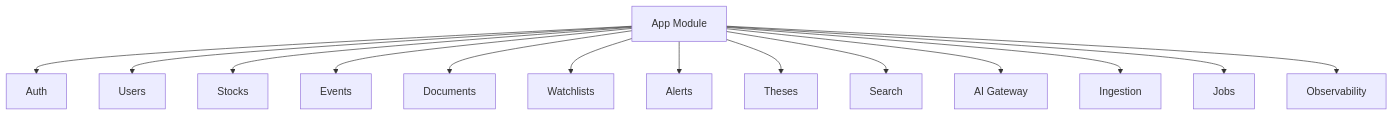
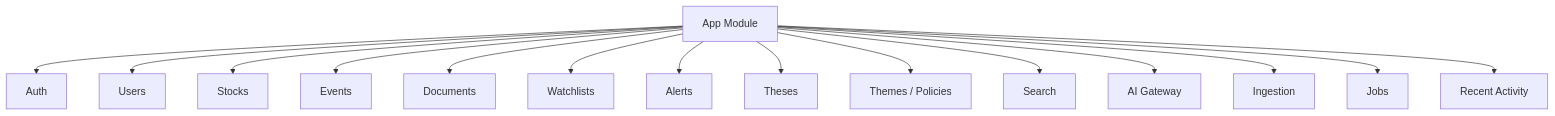
The fifth of 15 diagrams in docs/technical-architecture.md (583175694/alpha-sight), drawn with Mermaid before and after one commit. The commit also changed other lines of this file and 1 other file, not shown here.

First line of the commit message:
feat: update technical architecture documentation for v0.3

````diff
--- a/docs/technical-architecture.md
+++ b/docs/technical-architecture.md
@@ -395,17 +444,18 @@
 ```mermaid
 flowchart TD
     APP[App Module]
     APP --> AUTH[Auth]
     APP --> USER[Users]
     APP --> STOCK[Stocks]
     APP --> EVENT[Events]
     APP --> DOC[Documents]
     APP --> WATCH[Watchlists]
     APP --> ALERT[Alerts]
     APP --> THESIS[Theses]
+    APP --> THEME[Themes / Policies]
     APP --> SEARCH[Search]
     APP --> AI[AI Gateway]
     APP --> INGEST[Ingestion]
     APP --> JOBS[Jobs]
-    APP --> OBS[Observability]
+    APP --> RECENT[Recent Activity]
 ```
````
